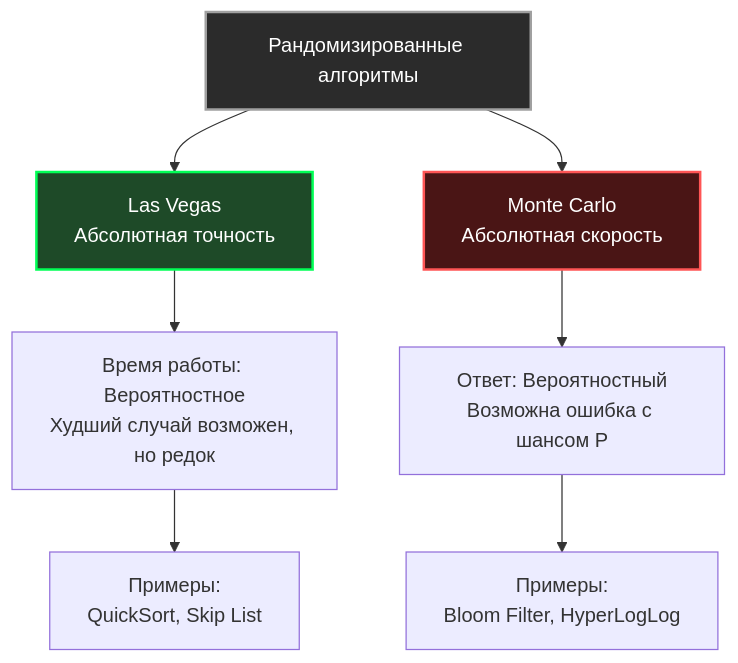
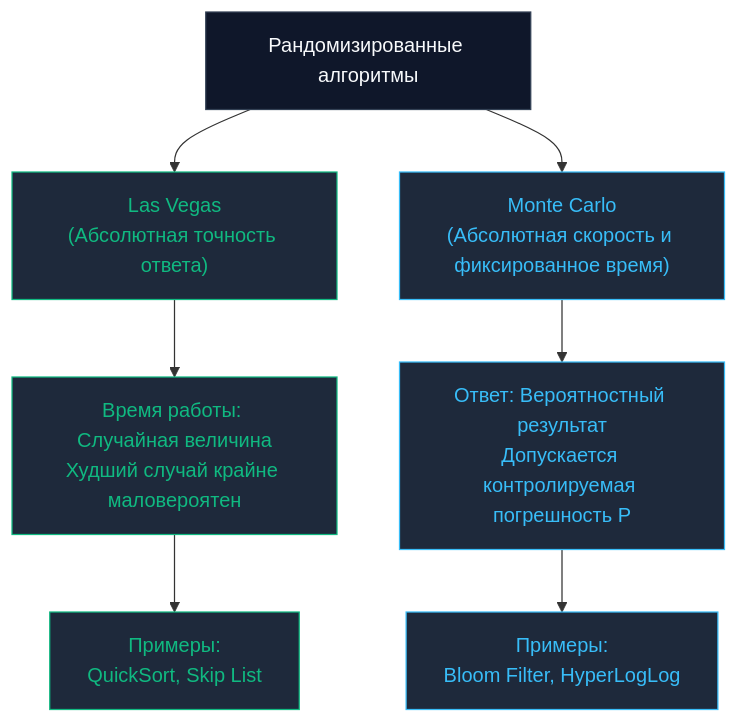
One commit to UnrealTemplier/go-textbook changed the diagram in sources/20. Алгоритмы и структуры данных (DSA) на Go/10. Алгоритмические парадигмы/6. Randomized алгоритмы.md. Above: the diagram before and after it, drawn with Mermaid. The commit also changed other lines of this file, not shown here.

````diff
--- a/sources/20. Алгоритмы и структуры данных (DSA) на Go/10. Алгоритмические парадигмы/6. Randomized алгоритмы.md
+++ b/sources/20. Алгоритмы и структуры данных (DSA) на Go/10. Алгоритмические парадигмы/6. Randomized алгоритмы.md
@@ -24,17 +29,21 @@
 ```mermaid
 flowchart TD
     Rand["Рандомизированные алгоритмы"]
     
-    Rand --> LV["Las Vegas<br>Абсолютная точность"]
-    Rand --> MC["Monte Carlo<br>Абсолютная скорость"]
+    Rand --> LV["Las Vegas<br/>(Абсолютная точность ответа)"]
+    Rand --> MC["Monte Carlo<br/>(Абсолютная скорость и фиксированное время)"]
     
-    LV --> LV_T["Время работы: Вероятностное<br>Худший случай возможен, но редок"]
-    MC --> MC_T["Ответ: Вероятностный<br>Возможна ошибка с шансом P"]
+    LV --> LV_T["Время работы: Случайная величина<br/>Худший случай крайне маловероятен"]
+    MC --> MC_T["Ответ: Вероятностный результат<br/>Допускается контролируемая погрешность P"]
     
-    LV_T --> LV_Ex["Примеры:<br>QuickSort, Skip List"]
-    MC_T --> MC_Ex["Примеры:<br>Bloom Filter, HyperLogLog"]
-    
-    style Rand fill:#2b2b2b,stroke:#a0a0a0,stroke-width:2px,color:#fff
-    style LV fill:#1e4a28,stroke:#00ff55,stroke-width:2px,color:#fff
-    style MC fill:#4a1515,stroke:#ff5555,stroke-width:2px,color:#fff
+    LV_T --> LV_Ex["Примеры:<br/>QuickSort, Skip List"]
+    MC_T --> MC_Ex["Примеры:<br/>Bloom Filter, HyperLogLog"]
+
+    classDef default fill:#0f172a,stroke:#334155,color:#f8fafc
+    classDef lasvegas fill:#1e293b,stroke:#10b981,color:#10b981
+    classDef montecarlo fill:#1e293b,stroke:#38bdf8,color:#38bdf8
+
+    class Rand default
+    class LV,LV_T,LV_Ex lasvegas
+    class MC,MC_T,MC_Ex montecarlo
 ```
````
